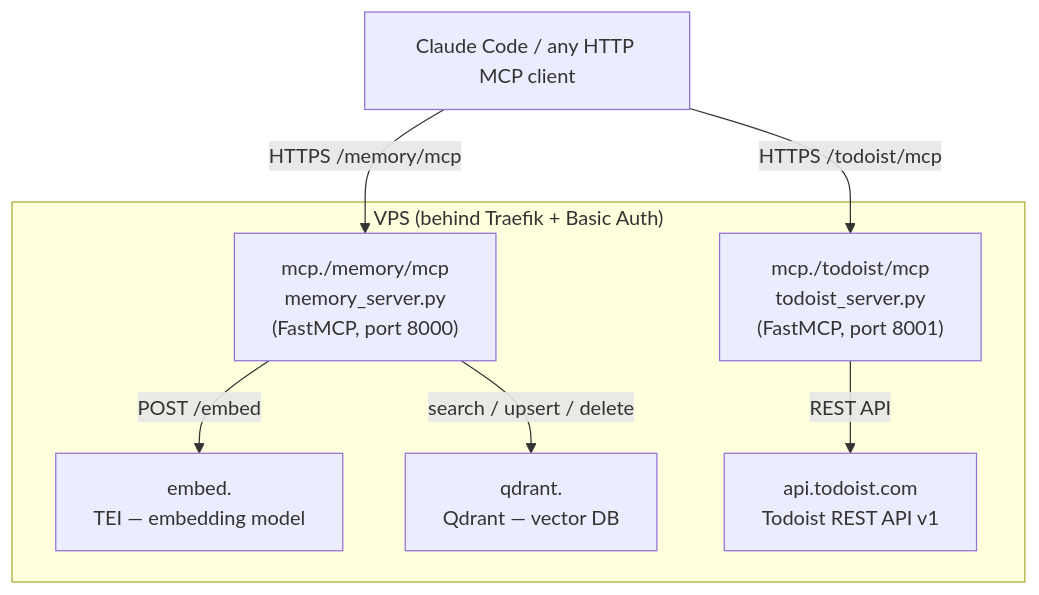
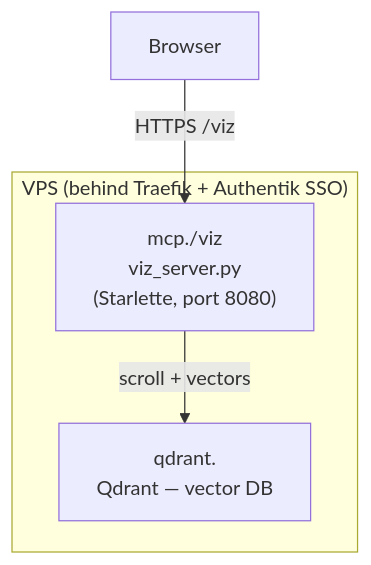
One commit to dzarlax/personal_memory changed the second of 4 diagrams in README.MD. Above: the diagram before and after it, drawn with Mermaid. The commit also changed other lines of this file and 6 other files, not shown here.

````diff
--- a/README.MD
+++ b/README.MD
@@ -43,18 +46,12 @@
 ```mermaid
 graph TD
-    Client["Claude Code / any HTTP MCP client"]
+    Browser["Browser"]
 
-    subgraph VPS["VPS (behind Traefik + Basic Auth)"]
-        MemoryMCP["mcp.<domain>/memory/mcp\nmemory_server.py\n(FastMCP, port 8000)"]
-        TodoistMCP["mcp.<domain>/todoist/mcp\ntodoist_server.py\n(FastMCP, port 8001)"]
-        TEI["embed.<domain>\nTEI — embedding model"]
+    subgraph VPS["VPS (behind Traefik + Authentik SSO)"]
+        Viz["mcp.<domain>/viz\nviz_server.py\n(Starlette, port 8080)"]
         Qdrant["qdrant.<domain>\nQdrant — vector DB"]
-        TodoistAPI["api.todoist.com\nTodoist REST API v1"]
     end
 
-    Client -->|"HTTPS /memory/mcp"| MemoryMCP
-    Client -->|"HTTPS /todoist/mcp"| TodoistMCP
-    MemoryMCP -->|"POST /embed"| TEI
-    MemoryMCP -->|"search / upsert / delete"| Qdrant
-    TodoistMCP -->|"REST API"| TodoistAPI
+    Browser -->|"HTTPS /viz"| Viz
+    Viz -->|"scroll + vectors"| Qdrant
 ```
````
